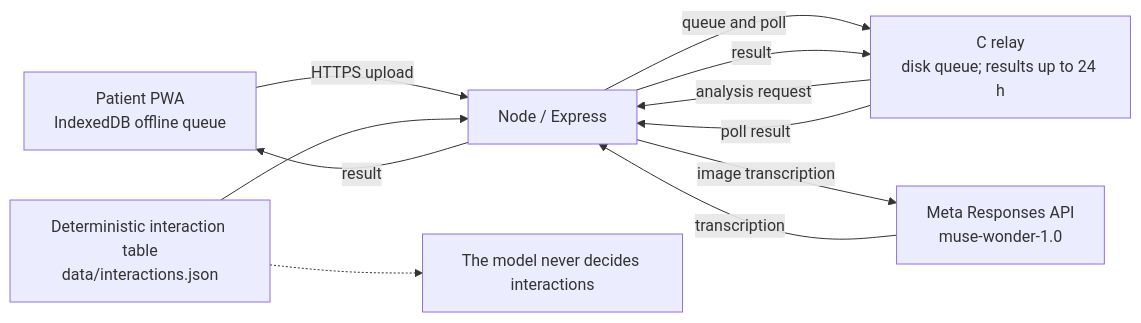
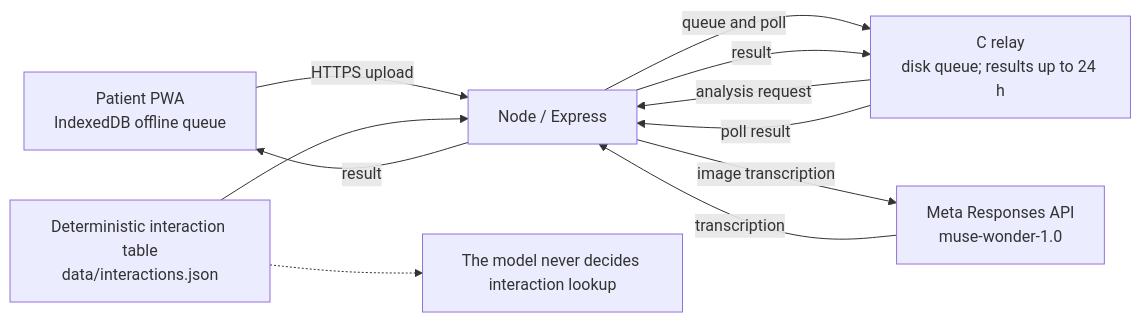
Before and after one commit to Osee11/PharmaClear-V0: the diagram in README.md, drawn with Mermaid. The commit also changed other lines of this file and 17 other files, not shown here.

````diff
--- a/README.md
+++ b/README.md
@@ -59,13 +94,13 @@
 ```mermaid
 flowchart LR
   PWA["Patient PWA<br/>IndexedDB offline queue"] -->|HTTPS upload| Node["Node / Express"]
   Node -->|queue and poll| Relay["C relay<br/>disk queue; results up to 24 h"]
   Relay -->|analysis request| Node
   Node -->|image transcription| Meta["Meta Responses API<br/>muse-wonder-1.0"]
   Meta -->|transcription| Node
   Node -->|result| Relay
   Relay -->|poll result| Node
   Node -->|result| PWA
   Table["Deterministic interaction table<br/>data/interactions.json"] --> Node
-  Table -.-> Note["The model never decides interactions"]
+  Table -.-> Note["The model never decides interaction lookup"]
 ```
````
